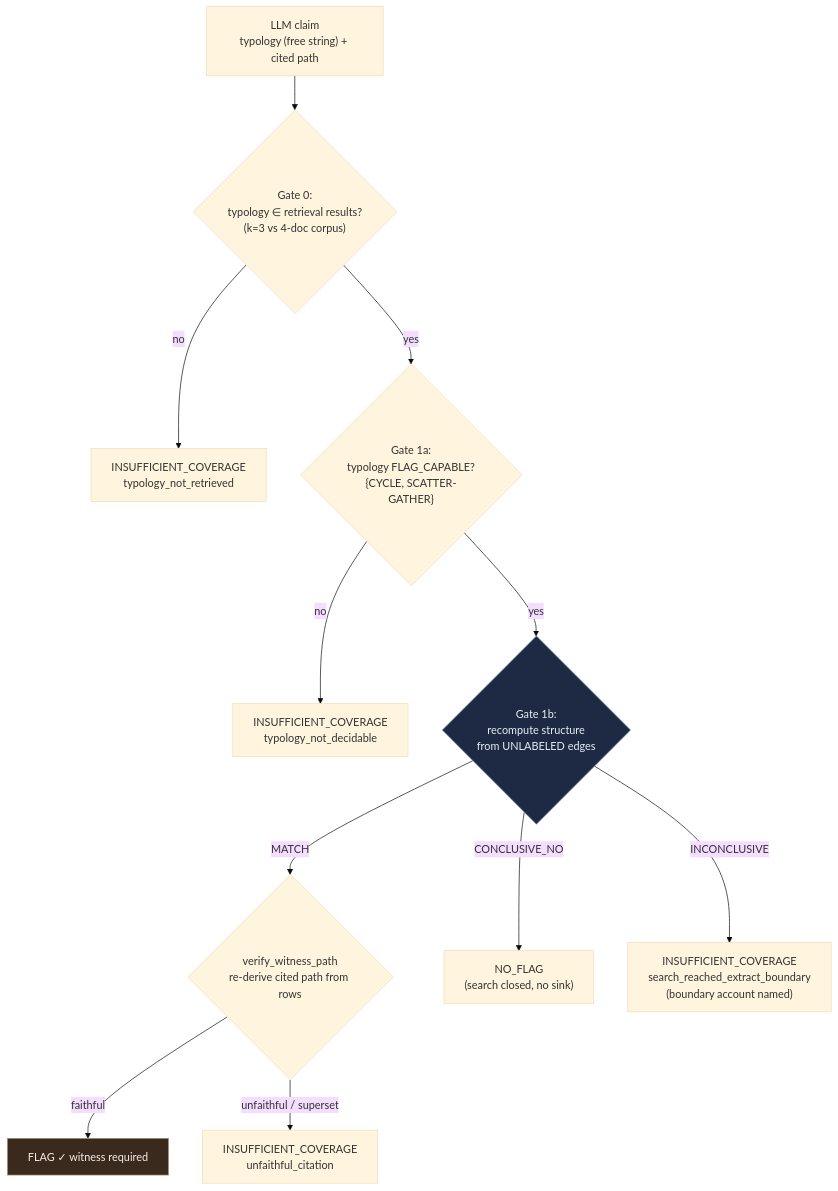
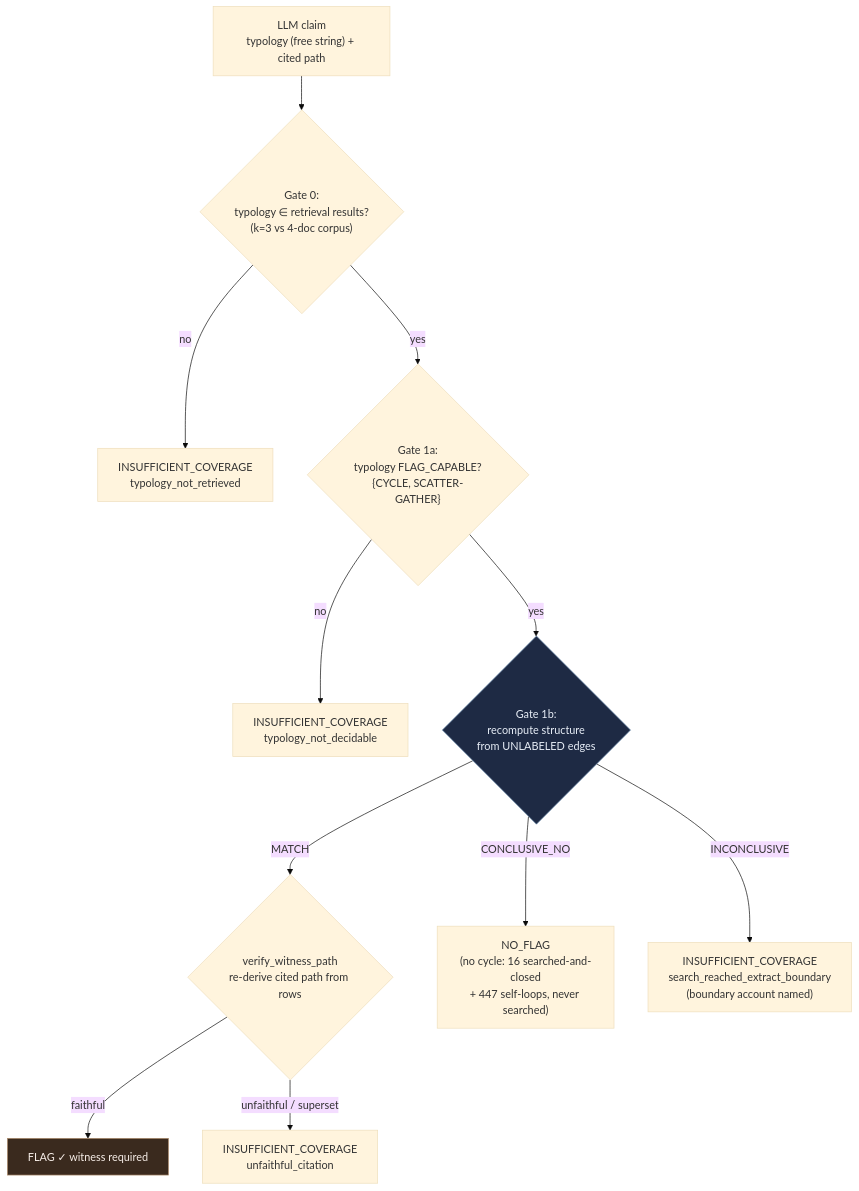
One commit to Asembris/Lineage changed the sixth of 8 diagrams in ARCHITECTURE.md. Above: the diagram before and after it, drawn with Mermaid (base theme). The commit also changed other lines of this file and 10 other files, not shown here.

````diff
--- a/ARCHITECTURE.md
+++ b/ARCHITECTURE.md
@@ -455,18 +458,18 @@
 ```mermaid
 flowchart TD
     CLAIM["LLM claim<br/>typology (free string) + cited path"] --> G0{"Gate 0:<br/>typology ∈ retrieval results?<br/>(k=3 vs 4-doc corpus)"}
     G0 -->|no| INS1["INSUFFICIENT_COVERAGE<br/>typology_not_retrieved"]
     G0 -->|yes| G1A{"Gate 1a:<br/>typology FLAG_CAPABLE?<br/>{CYCLE, SCATTER-GATHER}"}
     G1A -->|no| INS2["INSUFFICIENT_COVERAGE<br/>typology_not_decidable"]
     G1A -->|yes| GRAPH{"Gate 1b:<br/>recompute structure<br/>from UNLABELED edges"}
 
     GRAPH -->|MATCH| VER{"verify_witness_path<br/>re-derive cited path from rows"}
-    GRAPH -->|CONCLUSIVE_NO| NF["NO_FLAG<br/>(search closed, no sink)"]
+    GRAPH -->|CONCLUSIVE_NO| NF["NO_FLAG<br/>(no cycle: 16 searched-and-closed<br/>+ 447 self-loops, never searched)"]
     GRAPH -->|INCONCLUSIVE| INS3["INSUFFICIENT_COVERAGE<br/>search_reached_extract_boundary<br/>(boundary account named)"]
 
     VER -->|faithful| FLAG["FLAG ✓ witness required"]
     VER -->|unfaithful / superset| INS4["INSUFFICIENT_COVERAGE<br/>unfaithful_citation"]
 
     style FLAG fill:#3a2a1e,stroke:#ae8c6b,color:#f7eee8
     style GRAPH fill:#1e2a44,stroke:#6b8cae,color:#e8eef7
 ```
````
